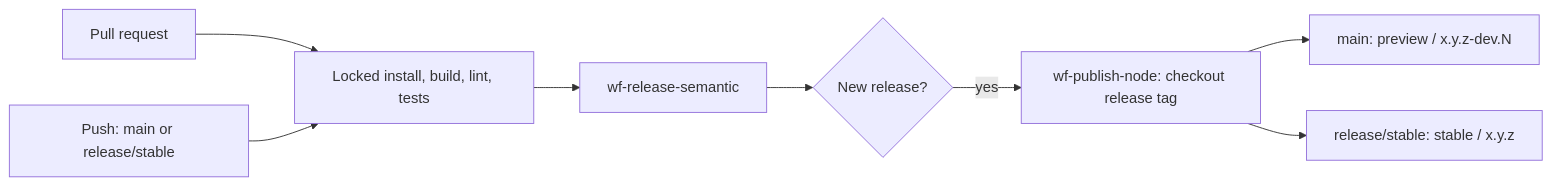
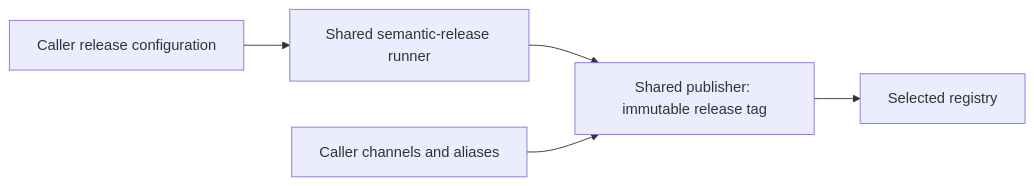
The diagram in docs/package-delivery.md (medrunner-services/ci), drawn with Mermaid before and after one commit. The commit also changed other lines of this file and 12 other files, not shown here.

````diff
--- a/docs/package-delivery.md
+++ b/docs/package-delivery.md
@@ -3,10 +3,7 @@
 ```mermaid
 flowchart LR
-  PR[Pull request] --> Test[Locked install, build, lint, tests]
-  Push[Push: main or release/stable] --> Test
-  Test --> Release[wf-release-semantic]
-  Release --> New{New release?}
-  New -->|yes| Publish[wf-publish-node: checkout release tag]
-  Publish --> Dev[main: preview / x.y.z-dev.N]
-  Publish --> Stable[release/stable: stable / x.y.z]
+  Config[Caller release configuration] --> Release[Shared semantic-release runner]
+  Release --> Publish[Shared publisher: immutable release tag]
+  Channels[Caller channels and aliases] --> Publish
+  Publish --> Registry[Selected registry]
 ```
````
